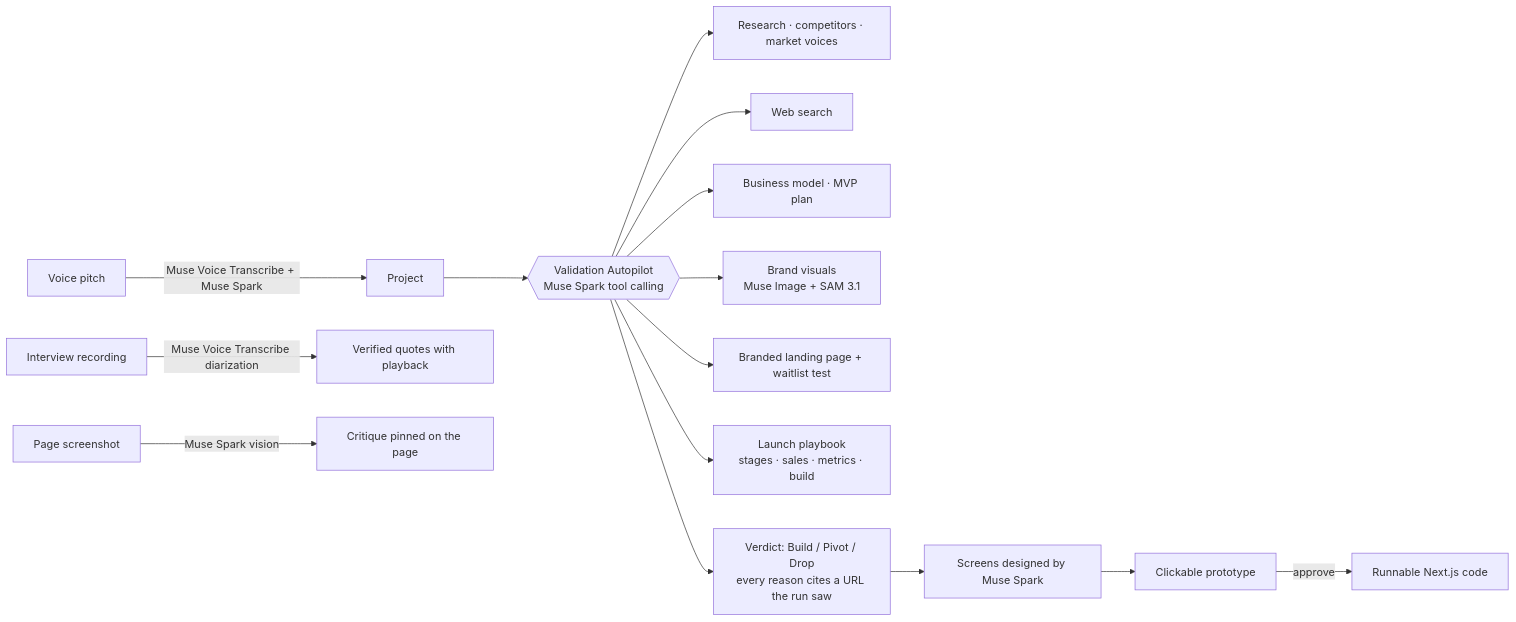
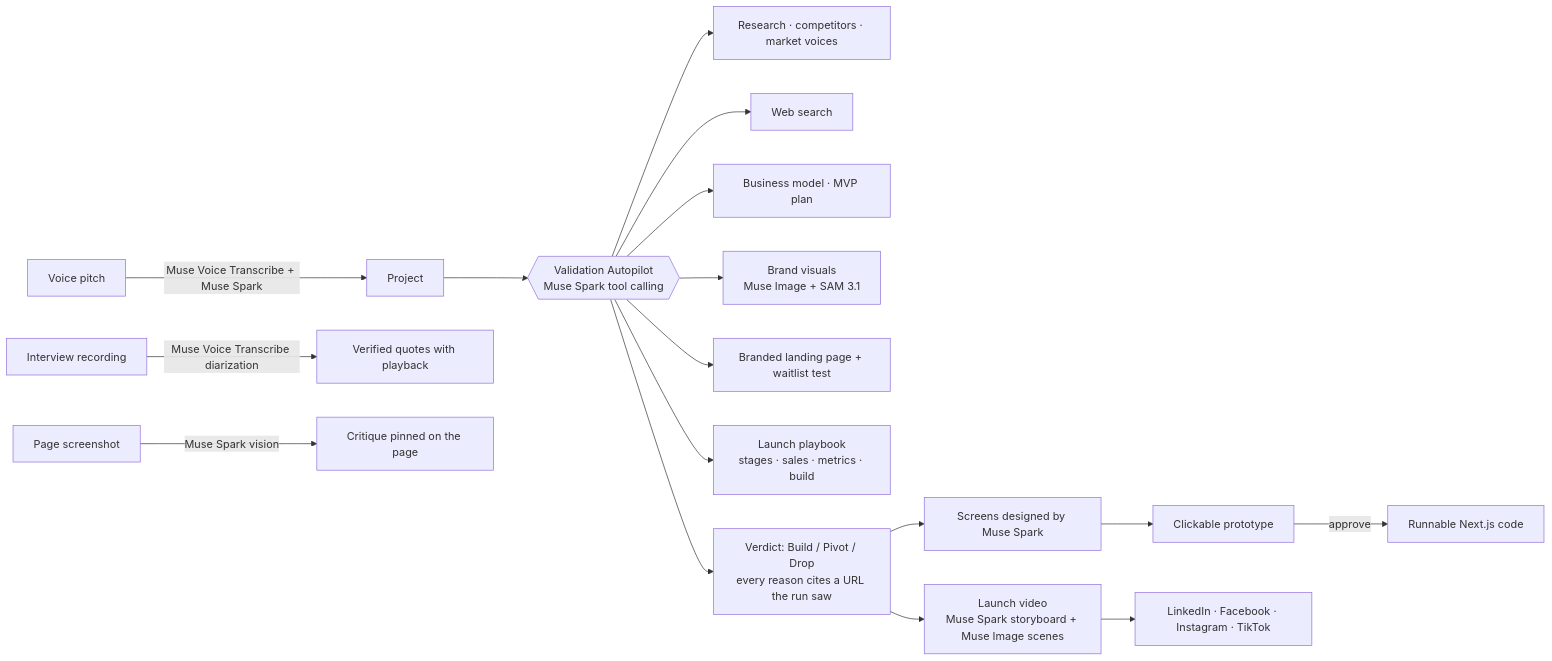
The diagram in HACKATHON.md (youcefbedrani/meta-ai-developer-cerebralvalley), drawn with Mermaid before and after one commit. The commit also changed other lines of this file and 32 other files, not shown here.

First line of the commit message:
Hackathon: launch videos for organic social, posted to LinkedIn, Facebook, Instagram and TikTok

````diff
--- a/HACKATHON.md
+++ b/HACKATHON.md
@@ -199,15 +225,16 @@
 ```mermaid
 flowchart LR
   V[Voice pitch] -->|Muse Voice Transcribe + Muse Spark| P[Project]
   P --> A{{Validation Autopilot<br/>Muse Spark tool calling}}
   A --> R[Research · competitors · market voices]
   A --> W[Web search]
   A --> B[Business model · MVP plan]
   A --> D[Brand visuals<br/>Muse Image + SAM 3.1]
   A --> L[Branded landing page + waitlist test]
   A --> G[Launch playbook<br/>stages · sales · metrics · build]
   A --> X[Verdict: Build / Pivot / Drop<br/>every reason cites a URL the run saw]
   X --> DS[Screens designed by Muse Spark] --> PR[Clickable prototype] -->|approve| CODE[Runnable Next.js code]
+  X --> VID[Launch video<br/>Muse Spark storyboard + Muse Image scenes] --> SOC[LinkedIn · Facebook · Instagram · TikTok]
   I[Interview recording] -->|Muse Voice Transcribe diarization| Q[Verified quotes with playback]
   S[Page screenshot] -->|Muse Spark vision| C[Critique pinned on the page]
 ```
````
